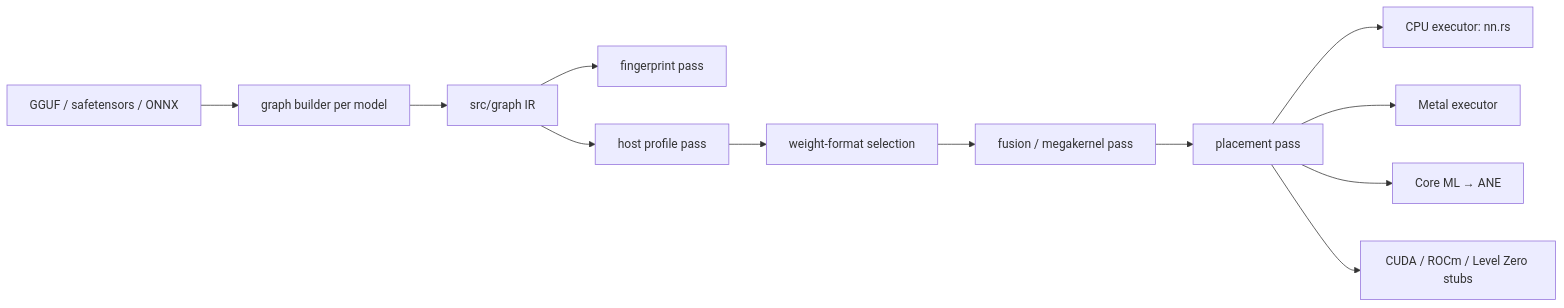
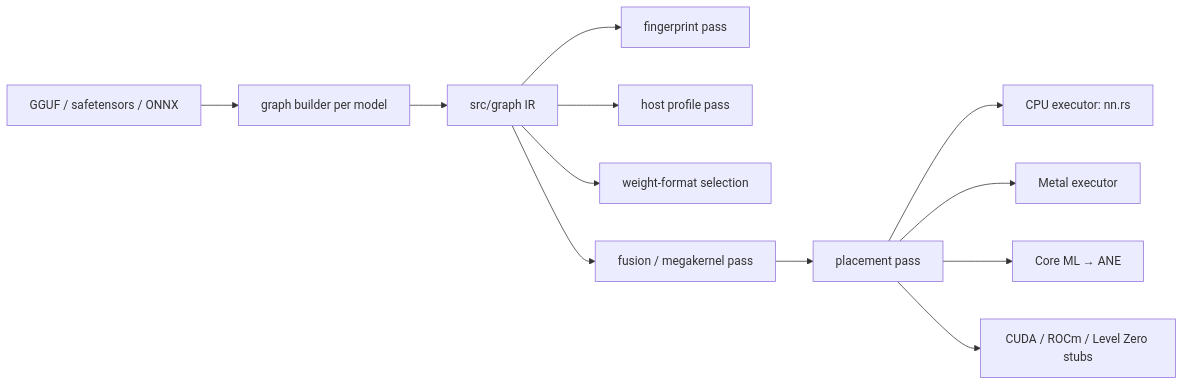
One commit to MisterTK/gibbs changed the diagram in README.md. Above: the diagram before and after it, drawn with Mermaid. The commit also changed other lines of this file and 6 other files, not shown here.

````diff
--- a/README.md
+++ b/README.md
@@ -71,14 +110,14 @@
 ```mermaid
 flowchart LR
   W[GGUF / safetensors / ONNX] --> B[graph builder per model]
   B --> IR[src/graph IR]
   IR --> FP[fingerprint pass]
   IR --> HP[host profile pass]
-  HP --> WF[weight-format selection]
-  WF --> F[fusion / megakernel pass]
+  IR --> WF[weight-format selection]
+  IR --> F[fusion / megakernel pass]
   F --> PL[placement pass]
   PL --> CPU[CPU executor: nn.rs]
   PL --> MTL[Metal executor]
   PL --> CML[Core ML → ANE]
   PL --> STUB[CUDA / ROCm / Level Zero stubs]
 ```
````
